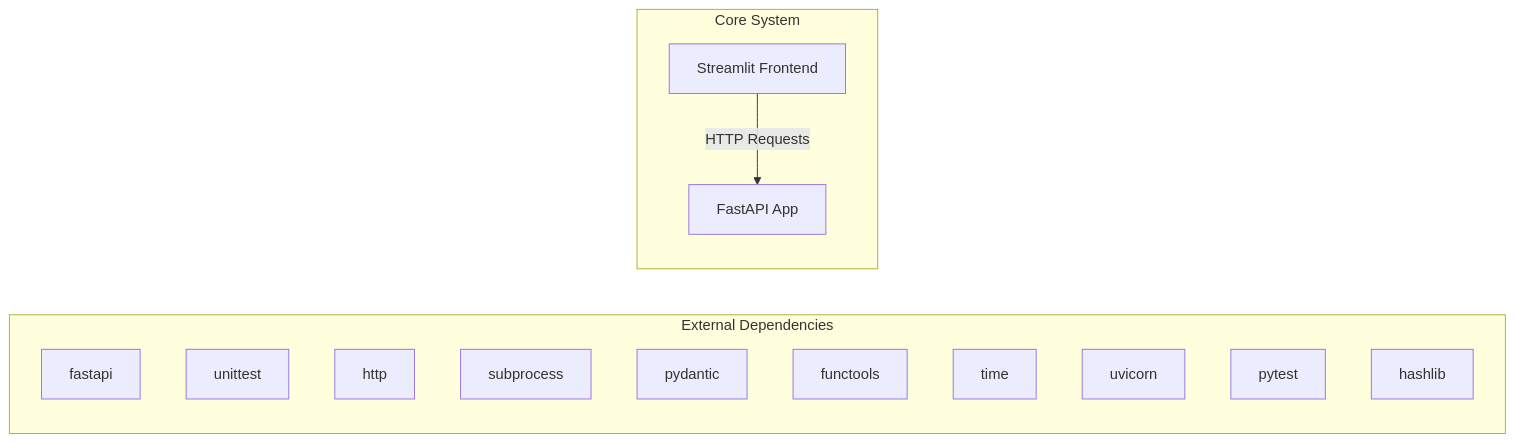
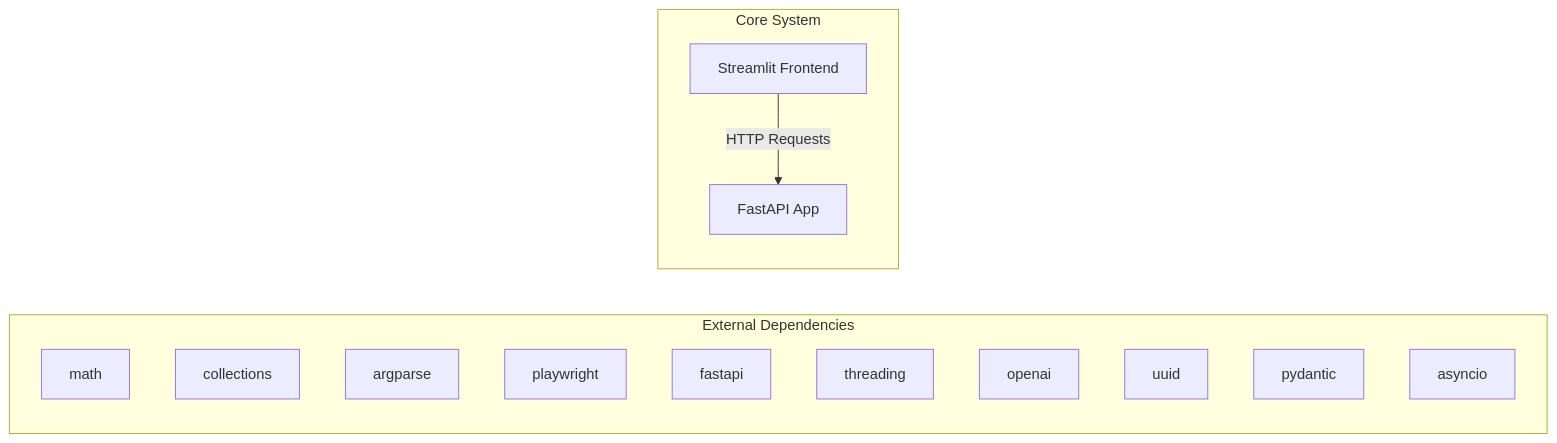
Before and after one commit to NITISH-R-G/rag-context-optimizer: the first of 2 diagrams in docs/architecture.md, drawn with Mermaid. The commit also changed 1 other file, not shown here.

Commit message:
docs: auto-update repository knowledge, architecture diagrams, and documentation

````diff
--- a/docs/architecture.md
+++ b/docs/architecture.md
@@ -7,20 +7,20 @@
 ```mermaid
 graph LR
     subgraph External Dependencies
-        E0["fastapi"]
-        E1["unittest"]
-        E2["http"]
-        E3["subprocess"]
-        E4["pydantic"]
-        E5["functools"]
-        E6["time"]
-        E7["uvicorn"]
-        E8["pytest"]
-        E9["hashlib"]
+        E0["math"]
+        E1["collections"]
+        E2["argparse"]
+        E3["playwright"]
+        E4["fastapi"]
+        E5["threading"]
+        E6["openai"]
+        E7["uuid"]
+        E8["pydantic"]
+        E9["asyncio"]
     end
     subgraph Core System
         API["FastAPI App"]
         UI["Streamlit Frontend"]
     end
     UI -->|HTTP Requests| API
 ```
````
